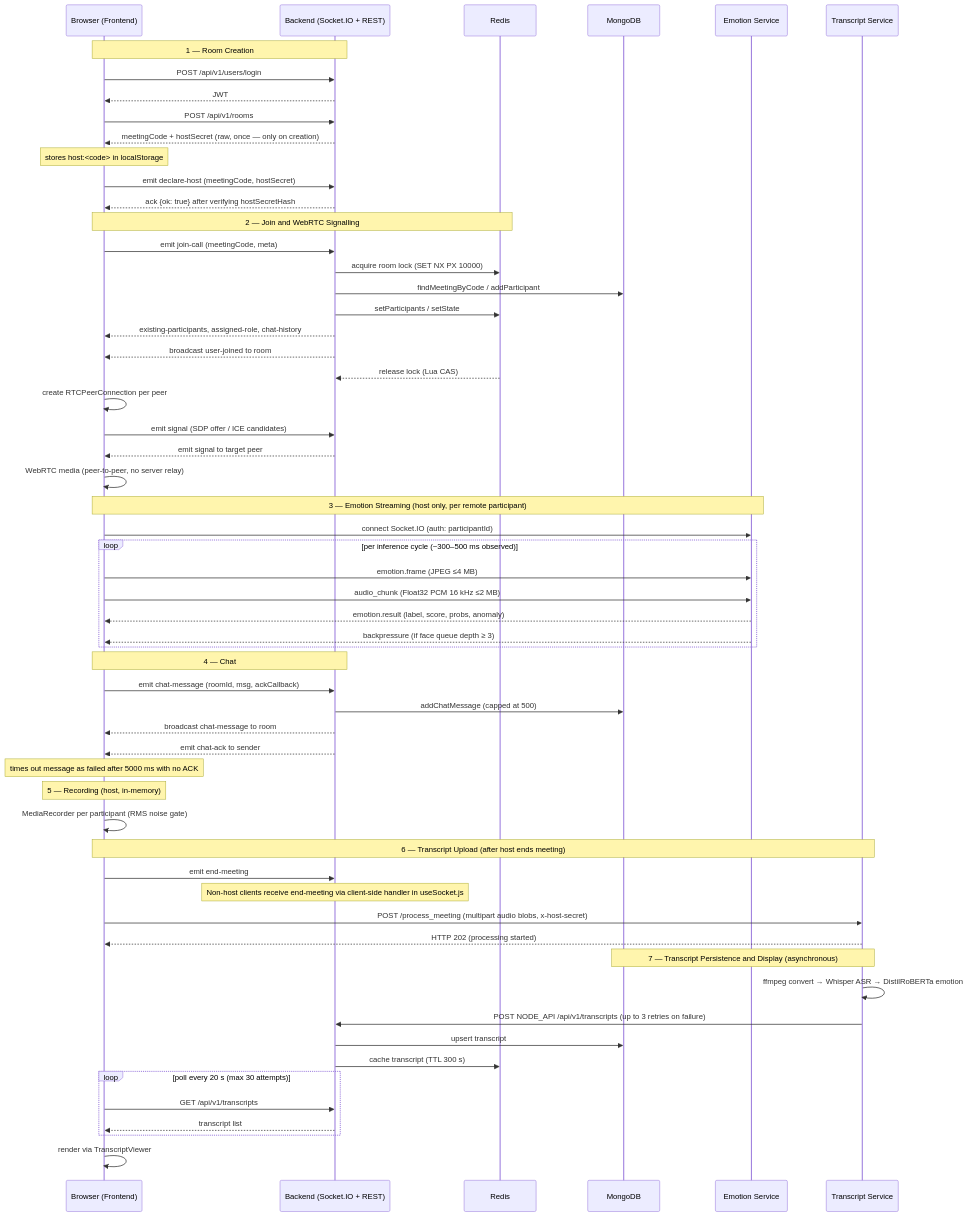
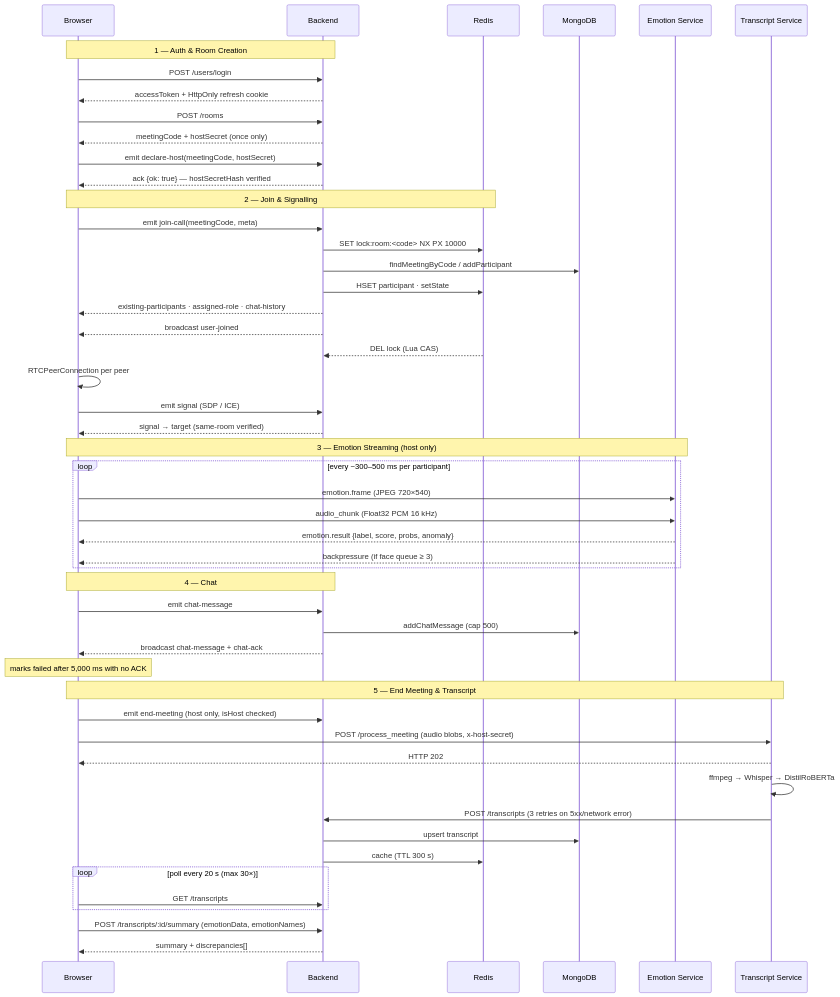
Before and after one commit to AnupamKumar-1/Hoovik: the second of 3 diagrams in README.md, drawn with Mermaid. The commit also changed other lines of this file, not shown here.

Commit message:
docs(README): sync with backend & frontend — fix stale limitations, add missing features

````diff
--- a/README.md
+++ b/README.md
@@ -302,67 +200,57 @@
 ```mermaid
 sequenceDiagram
-    participant FE as Browser (Frontend)
-    participant BE as Backend (Socket.IO + REST)
+    participant FE as Browser
+    participant BE as Backend
     participant RD as Redis
     participant MG as MongoDB
     participant EM as Emotion Service
     participant TS as Transcript Service
 
-    Note over FE,BE: 1 — Room Creation
-    FE->>BE: POST /api/v1/users/login
-    BE-->>FE: JWT
-    FE->>BE: POST /api/v1/rooms
-    BE-->>FE: meetingCode + hostSecret (raw, once — only on creation)
-    Note over FE: stores host:<code> in localStorage
-    FE->>BE: emit declare-host (meetingCode, hostSecret)
-    BE-->>FE: ack {ok: true} after verifying hostSecretHash
+    Note over FE,BE: 1 — Auth & Room Creation
+    FE->>BE: POST /users/login
+    BE-->>FE: accessToken + HttpOnly refresh cookie
+    FE->>BE: POST /rooms
+    BE-->>FE: meetingCode + hostSecret (once only)
+    FE->>BE: emit declare-host(meetingCode, hostSecret)
+    BE-->>FE: ack {ok: true} — hostSecretHash verified
 
-    Note over FE,RD: 2 — Join and WebRTC Signalling
-    FE->>BE: emit join-call (meetingCode, meta)
-    BE->>RD: acquire room lock (SET NX PX 10000)
+    Note over FE,RD: 2 — Join & Signalling
+    FE->>BE: emit join-call(meetingCode, meta)
+    BE->>RD: SET lock:room:<code> NX PX 10000
     BE->>MG: findMeetingByCode / addParticipant
-    BE->>RD: setParticipants / setState
-    BE-->>FE: existing-participants, assigned-role, chat-history
-    BE-->>FE: broadcast user-joined to room
-    RD-->>BE: release lock (Lua CAS)
-    FE->>FE: create RTCPeerConnection per peer
-    FE->>BE: emit signal (SDP offer / ICE candidates)
-    BE-->>FE: emit signal to target peer
-    FE->>FE: WebRTC media (peer-to-peer, no server relay)
+    BE->>RD: HSET participant · setState
+    BE-->>FE: existing-participants · assigned-role · chat-history
+    BE-->>FE: broadcast user-joined
+    RD-->>BE: DEL lock (Lua CAS)
+    FE->>FE: RTCPeerConnection per peer
+    FE->>BE: emit signal (SDP / ICE)
+    BE-->>FE: signal → target (same-room verified)
 
-    Note over FE,EM: 3 — Emotion Streaming (host only, per remote participant)
-    FE->>EM: connect Socket.IO (auth: participantId)
-    loop per inference cycle (~300–500 ms observed)
-        FE->>EM: emotion.frame (JPEG ≤4 MB)
-        FE->>EM: audio_chunk (Float32 PCM 16 kHz ≤2 MB)
-        EM-->>FE: emotion.result (label, score, probs, anomaly)
-        EM-->>FE: backpressure (if face queue depth ≥ 3)
+    Note over FE,EM: 3 — Emotion Streaming (host only)
+    loop every ~300–500 ms per participant
+        FE->>EM: emotion.frame (JPEG 720×540)
+        FE->>EM: audio_chunk (Float32 PCM 16 kHz)
+        EM-->>FE: emotion.result {label, score, probs, anomaly}
+        EM-->>FE: backpressure (if face queue ≥ 3)
     end
 
     Note over FE,BE: 4 — Chat
-    FE->>BE: emit chat-message (roomId, msg, ackCallback)
-    BE->>MG: addChatMessage (capped at 500)
-    BE-->>FE: broadcast chat-message to room
-    BE-->>FE: emit chat-ack to sender
-    Note over FE: times out message as failed after 5000 ms with no ACK
+    FE->>BE: emit chat-message
+    BE->>MG: addChatMessage (cap 500)
+    BE-->>FE: broadcast chat-message + chat-ack
+    Note over FE: marks failed after 5,000 ms with no ACK
 
-    Note over FE: 5 — Recording (host, in-memory)
-    FE->>FE: MediaRecorder per participant (RMS noise gate)
-
-    Note over FE,TS: 6 — Transcript Upload (after host ends meeting)
-    FE->>BE: emit end-meeting
-    Note over BE: Non-host clients receive end-meeting via client-side handler in useSocket.js
-    FE->>TS: POST /process_meeting (multipart audio blobs, x-host-secret)
-    TS-->>FE: HTTP 202 (processing started)
-
-    Note over TS,MG: 7 — Transcript Persistence and Display (asynchronous)
-    TS->>TS: ffmpeg convert → Whisper ASR → DistilRoBERTa emotion
-    TS->>BE: POST NODE_API /api/v1/transcripts (up to 3 retries on failure)
+    Note over FE,TS: 5 — End Meeting & Transcript
+    FE->>BE: emit end-meeting (host only, isHost checked)
+    FE->>TS: POST /process_meeting (audio blobs, x-host-secret)
+    TS-->>FE: HTTP 202
+    TS->>TS: ffmpeg → Whisper → DistilRoBERTa
+    TS->>BE: POST /transcripts (3 retries on 5xx/network error)
     BE->>MG: upsert transcript
-    BE->>RD: cache transcript (TTL 300 s)
-    loop poll every 20 s (max 30 attempts)
-        FE->>BE: GET /api/v1/transcripts
-        BE-->>FE: transcript list
+    BE->>RD: cache (TTL 300 s)
+    loop poll every 20 s (max 30×)
+        FE->>BE: GET /transcripts
     end
-    FE->>FE: render via TranscriptViewer
+    FE->>BE: POST /transcripts/:id/summary (emotionData, emotionNames)
+    BE-->>FE: summary + discrepancies[]
 ```
````
